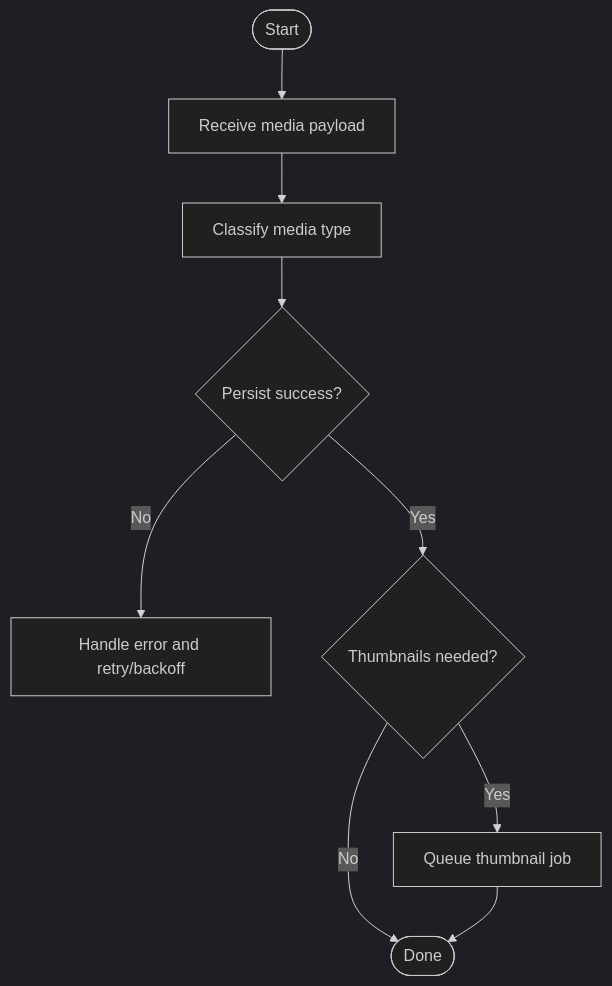
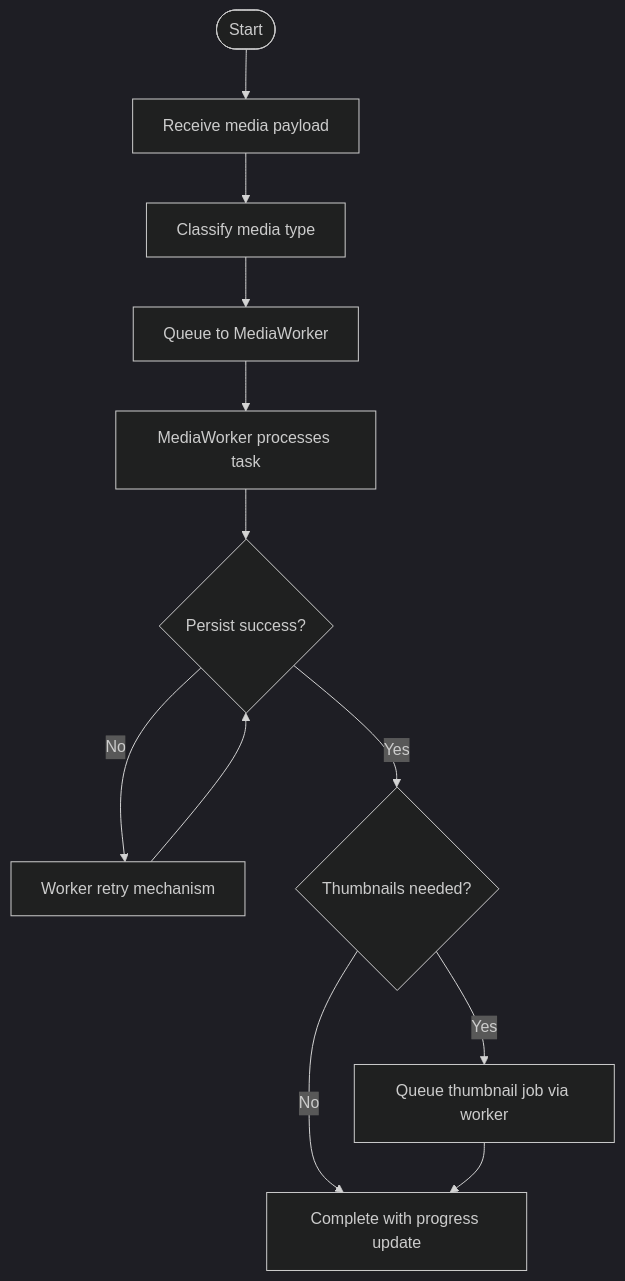
Before and after one commit to zuohaisu/wecom-archive: the fifth of 10 diagrams in .qoder/repowiki/en/content/Architecture/Storage Abstraction Layer/Storage Abstraction Layer.md, drawn with Mermaid (dark theme). The commit also changed other lines of this file and 90 other files, not shown here.

````diff
--- a/.qoder/repowiki/en/content/Architecture/Storage Abstraction Layer/Storage Abstraction Layer.md
+++ b/.qoder/repowiki/en/content/Architecture/Storage Abstraction Layer/Storage Abstraction Layer.md
@@ -197,11 +257,14 @@
 ```mermaid
 flowchart TD
 Start(["Start"]) --> Receive["Receive media payload"]
 Receive --> Classify["Classify media type"]
-Classify --> Persist{"Persist success?"}
-Persist --> |No| HandleError["Handle error and retry/backoff"]
+Classify --> Queue["Queue to MediaWorker"]
+Queue --> WorkerProcess["MediaWorker processes task"]
+WorkerProcess --> Persist{"Persist success?"}
+Persist --> |No| WorkerRetry["Worker retry mechanism"]
+WorkerRetry --> Persist
 Persist --> |Yes| ThumbnailsNeeded{"Thumbnails needed?"}
-ThumbnailsNeeded --> |No| End(["Done"])
-ThumbnailsNeeded --> |Yes| QueueThumb["Queue thumbnail job"]
-QueueThumb --> End
+ThumbnailsNeeded --> |No| Complete["Complete with progress update"]
+ThumbnailsNeeded --> |Yes| QueueThumb["Queue thumbnail job via worker"]
+QueueThumb --> Complete
 ```
````
